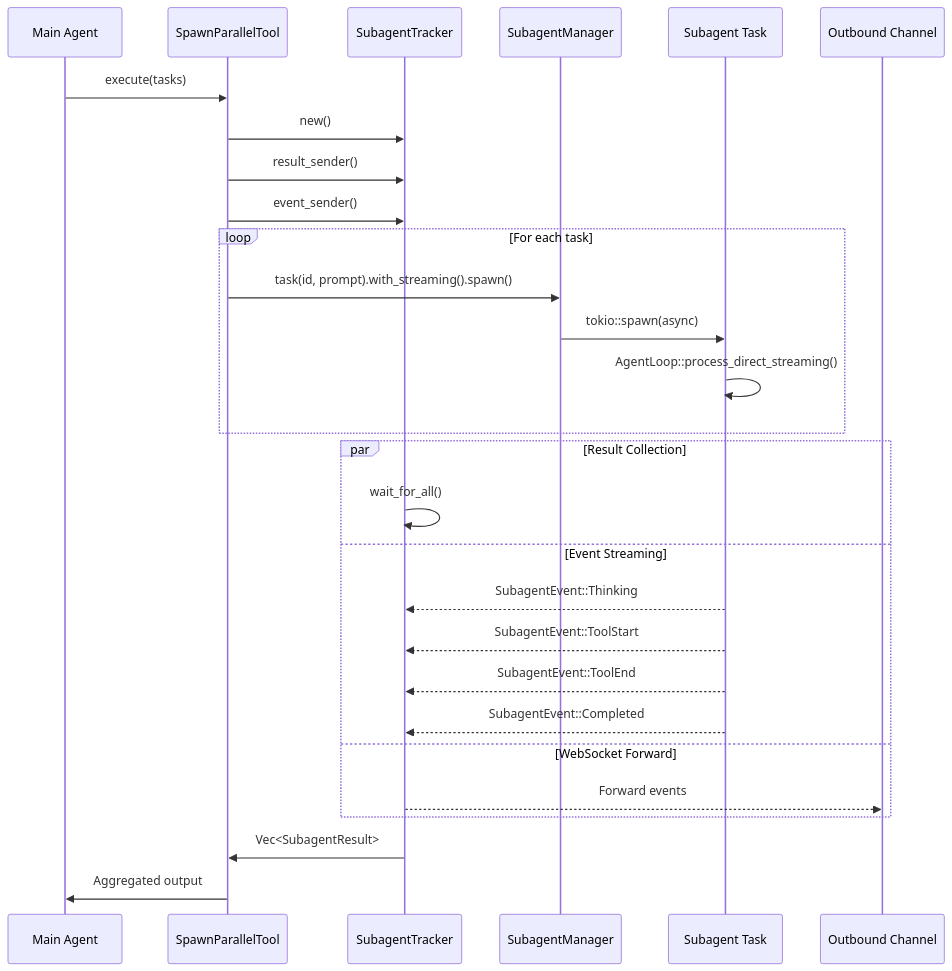
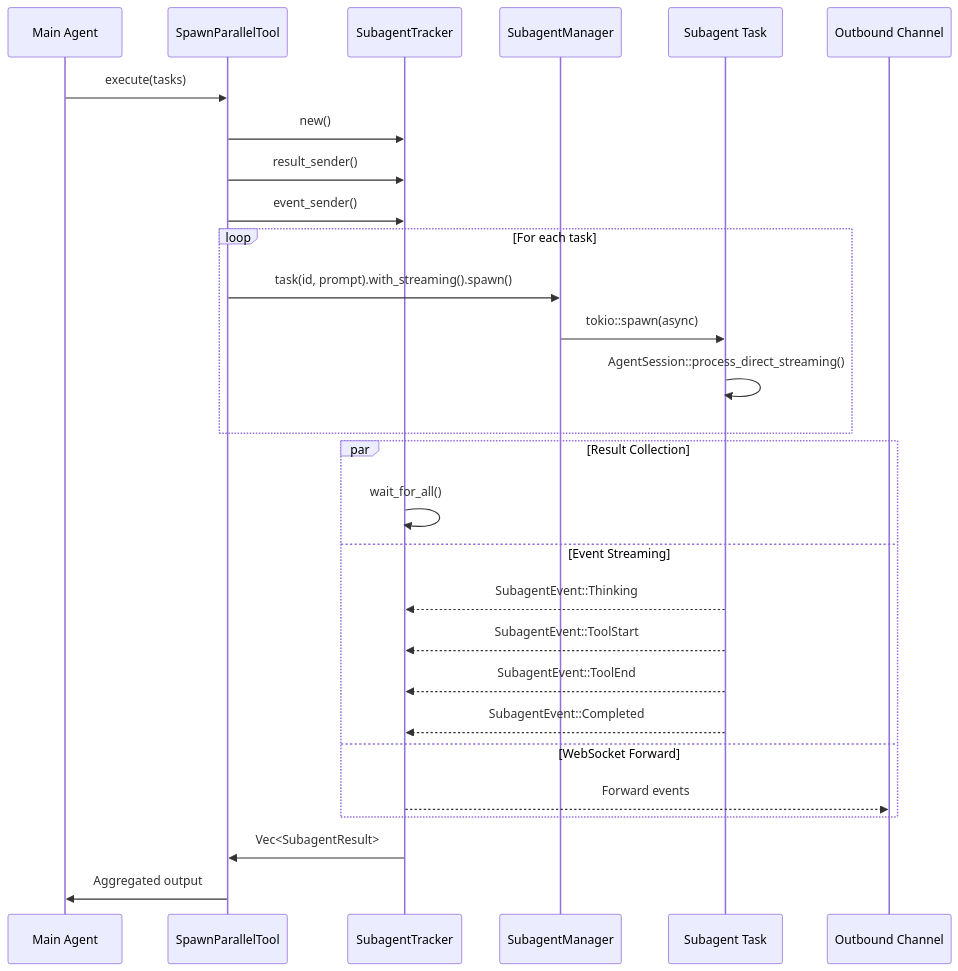
One commit to yeheng/nanobot-rs changed the third of 4 diagrams in docs/agent_flow.md. Above: the diagram before and after it, drawn with Mermaid. The commit also changed other lines of this file and 12 other files, not shown here.

First line of the commit message:
feat(docs): 重构架构文档以反映 AgentSession 与 Kernel 分离设计

````diff
--- a/docs/agent_flow.md
+++ b/docs/agent_flow.md
@@ -105,34 +104,34 @@
 ```mermaid
 sequenceDiagram
     participant Main as Main Agent
     participant SPT as SpawnParallelTool
     participant ST as SubagentTracker
     participant SM as SubagentManager
     participant Sub as Subagent Task
     participant OB as Outbound Channel
 
     Main->>SPT: execute(tasks)
     SPT->>ST: new()
     SPT->>ST: result_sender()
     SPT->>ST: event_sender()
 
     loop For each task
         SPT->>SM: task(id, prompt).with_streaming().spawn()
         SM->>Sub: tokio::spawn(async)
-        Sub->>Sub: AgentLoop::process_direct_streaming()
+        Sub->>Sub: AgentSession::process_direct_streaming()
     end
 
     par Result Collection
         ST->>ST: wait_for_all()
     and Event Streaming
         Sub-->>ST: SubagentEvent::Thinking
         Sub-->>ST: SubagentEvent::ToolStart
         Sub-->>ST: SubagentEvent::ToolEnd
         Sub-->>ST: SubagentEvent::Completed
     and WebSocket Forward
         ST-->>OB: Forward events
     end
 
     ST->>SPT: Vec<SubagentResult>
     SPT->>Main: Aggregated output
 ```
````
